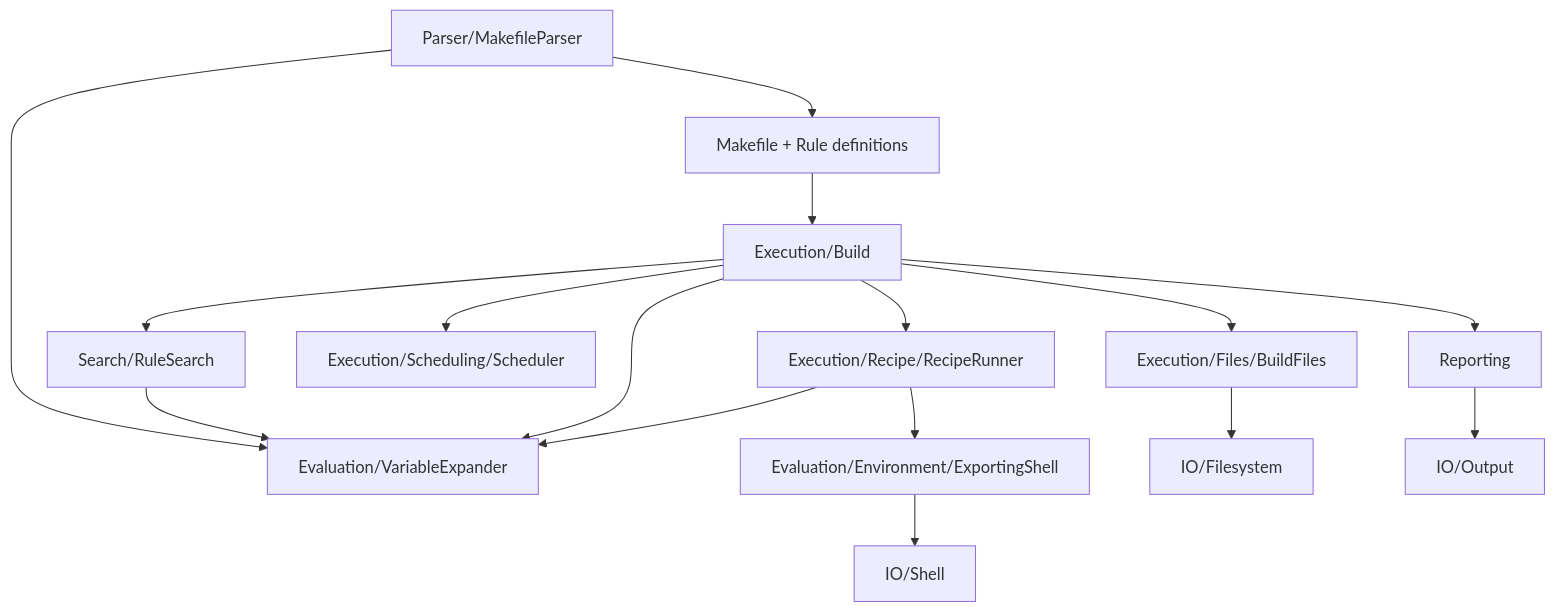
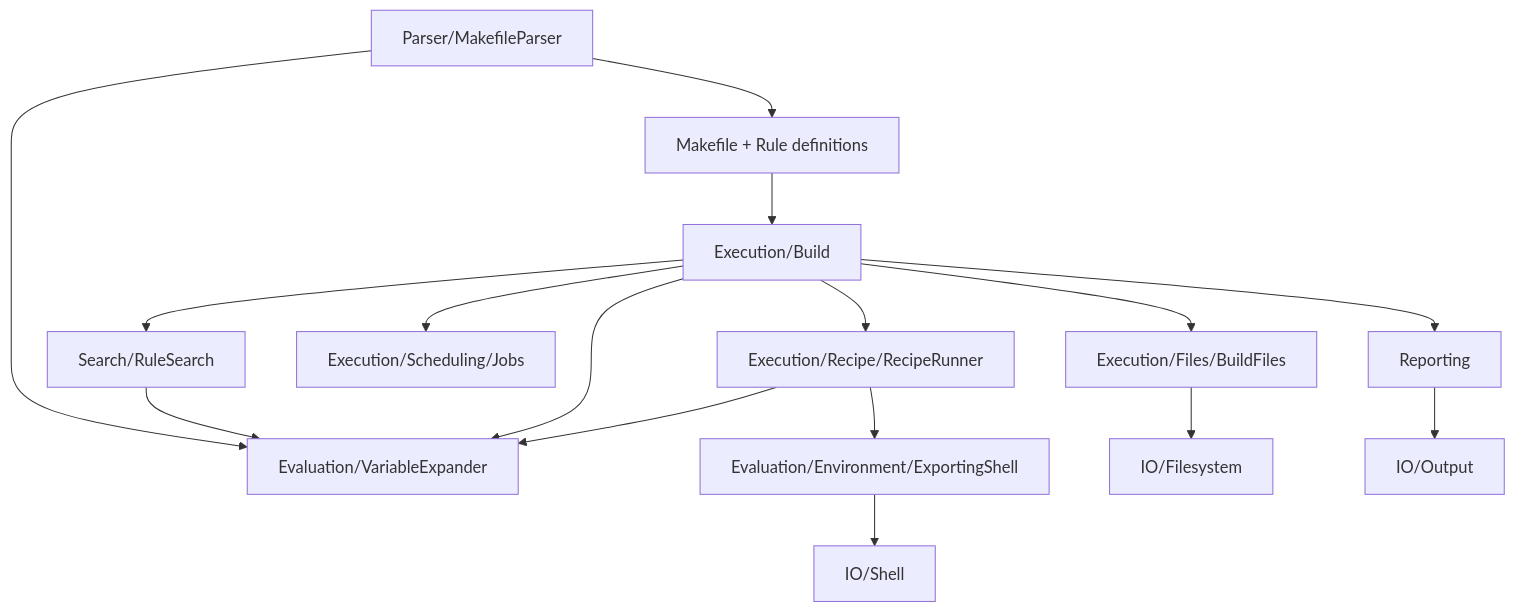
Before and after one commit to tamiroh/phmake: the diagram in src/Makefile/README.md, drawn with Mermaid. The commit also changed other lines of this file and 11 other files, not shown here.

````diff
--- a/src/Makefile/README.md
+++ b/src/Makefile/README.md
@@ -38,18 +38,18 @@
 ```mermaid
 flowchart TD
     Parser[Parser/MakefileParser] --> Definitions[Makefile + Rule definitions]
     Definitions --> Build[Execution/Build]
     Parser --> Evaluation[Evaluation/VariableExpander]
     Build --> Search[Search/RuleSearch]
     Build --> Files[Execution/Files/BuildFiles]
-    Build --> Scheduling[Execution/Scheduling/Scheduler]
+    Build --> Scheduling[Execution/Scheduling/Jobs]
     Build --> Recipe[Execution/Recipe/RecipeRunner]
     Search --> Evaluation
     Build --> Evaluation
     Recipe --> Evaluation
     Recipe --> Environment[Evaluation/Environment/ExportingShell]
     Environment --> Shell[IO/Shell]
     Files --> Filesystem[IO/Filesystem]
     Build --> Reporting[Reporting]
     Reporting --> Output[IO/Output]
 ```
````
